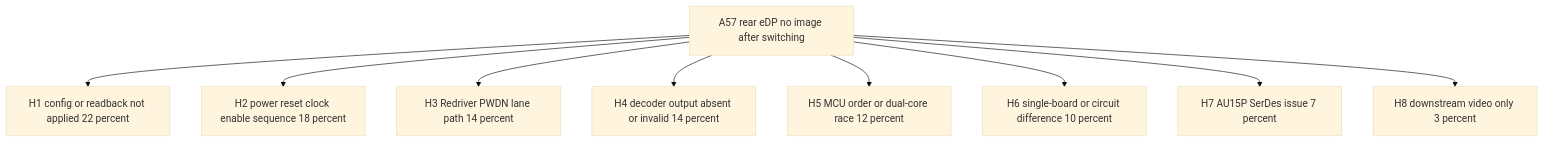
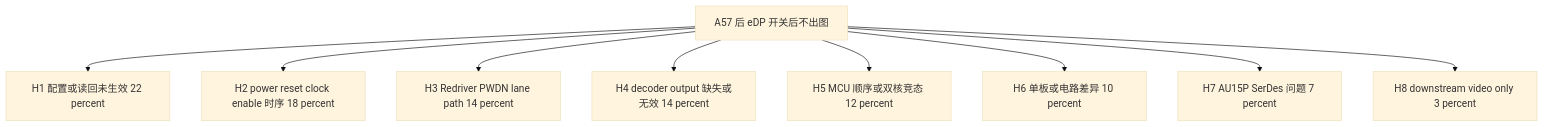
The second of 3 diagrams in pilot_runs/a57_edp/latest-architecture-first.md (joyhpc/DebugTool), drawn with Mermaid (base theme) before and after one commit. The commit also changed other lines of this file and 2 other files, not shown here.

Commit message:
Translate A57 eDP pilot output to Chinese

````diff
--- a/pilot_runs/a57_edp/latest-architecture-first.md
+++ b/pilot_runs/a57_edp/latest-architecture-first.md
@@ -181,12 +181,12 @@
 ```mermaid
 flowchart TD
-  H0[A57 rear eDP no image after switching]
-  H0 --> H1[H1 config or readback not applied 22 percent]
-  H0 --> H2[H2 power reset clock enable sequence 18 percent]
+  H0[A57 后 eDP 开关后不出图]
+  H0 --> H1[H1 配置或读回未生效 22 percent]
+  H0 --> H2[H2 power reset clock enable 时序 18 percent]
   H0 --> H3[H3 Redriver PWDN lane path 14 percent]
-  H0 --> H4[H4 decoder output absent or invalid 14 percent]
-  H0 --> H5[H5 MCU order or dual-core race 12 percent]
-  H0 --> H6[H6 single-board or circuit difference 10 percent]
-  H0 --> H7[H7 AU15P SerDes issue 7 percent]
+  H0 --> H4[H4 decoder output 缺失或无效 14 percent]
+  H0 --> H5[H5 MCU 顺序或双核竞态 12 percent]
+  H0 --> H6[H6 单板或电路差异 10 percent]
+  H0 --> H7[H7 AU15P SerDes 问题 7 percent]
   H0 --> H8[H8 downstream video only 3 percent]
 ```
````
